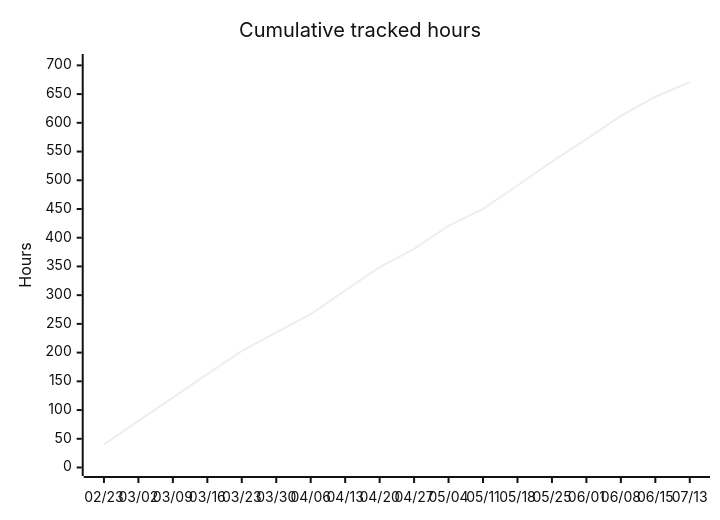
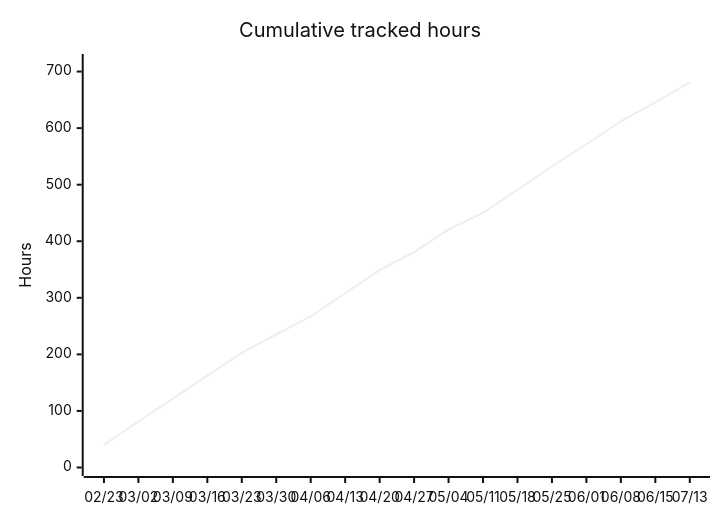
Before and after one commit to albinforsberg-netizen/timeclock: the fifth of 5 diagrams in README.org, drawn with Mermaid (neutral theme). The commit also changed other lines of this file, not shown here.

```diff
--- a/README.org
+++ b/README.org
@@ -125,7 +126,7 @@
 #+begin_src mermaid
 xychart-beta
     title "Cumulative tracked hours"
     x-axis ["02/23", "03/02", "03/09", "03/16", "03/23", "03/30", "04/06", "04/13", "04/20", "04/27", "05/04", "05/11", "05/18", "05/25", "06/01", "06/08", "06/15", "07/13"]
-    y-axis "Hours" 0 --> 705
-    line [40.00, 81.25, 121.75, 162.50, 202.75, 235.19, 267.03, 308.11, 348.83, 380.71, 420.81, 450.20, 490.81, 532.57, 571.50, 612.14, 645.42, 670.71]
+    y-axis "Hours" 0 --> 716
+    line [40.00, 81.25, 121.75, 162.50, 202.75, 235.19, 267.03, 308.11, 348.83, 380.71, 420.81, 450.20, 490.81, 532.57, 571.50, 612.14, 645.42, 681.04]
 #+end_src
```
